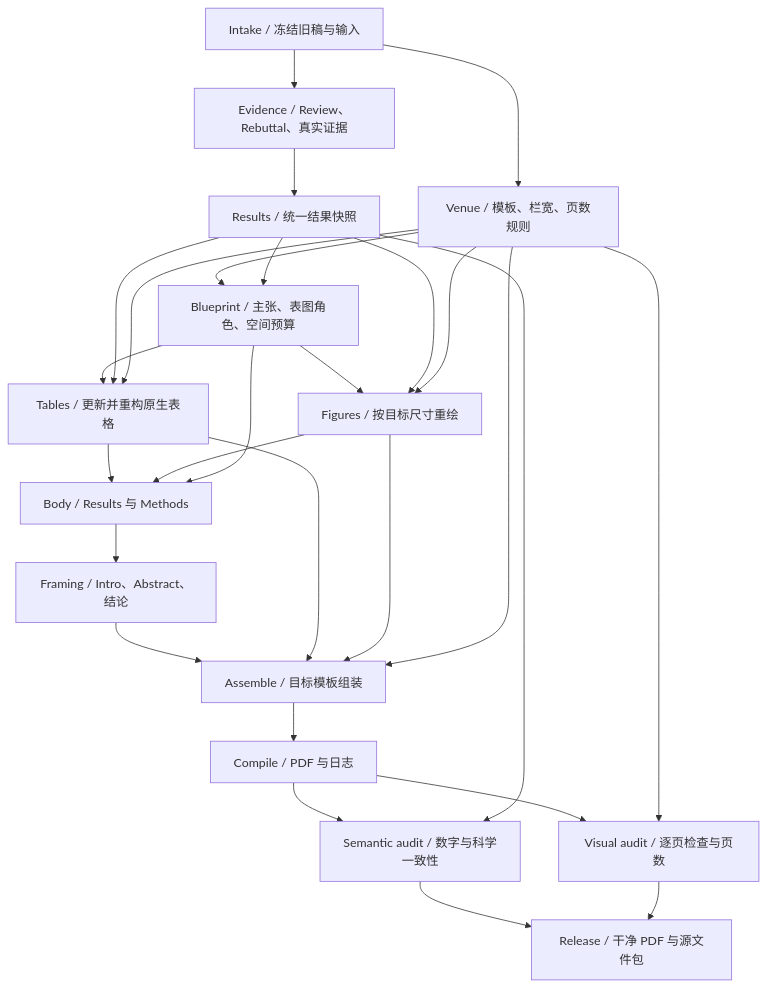
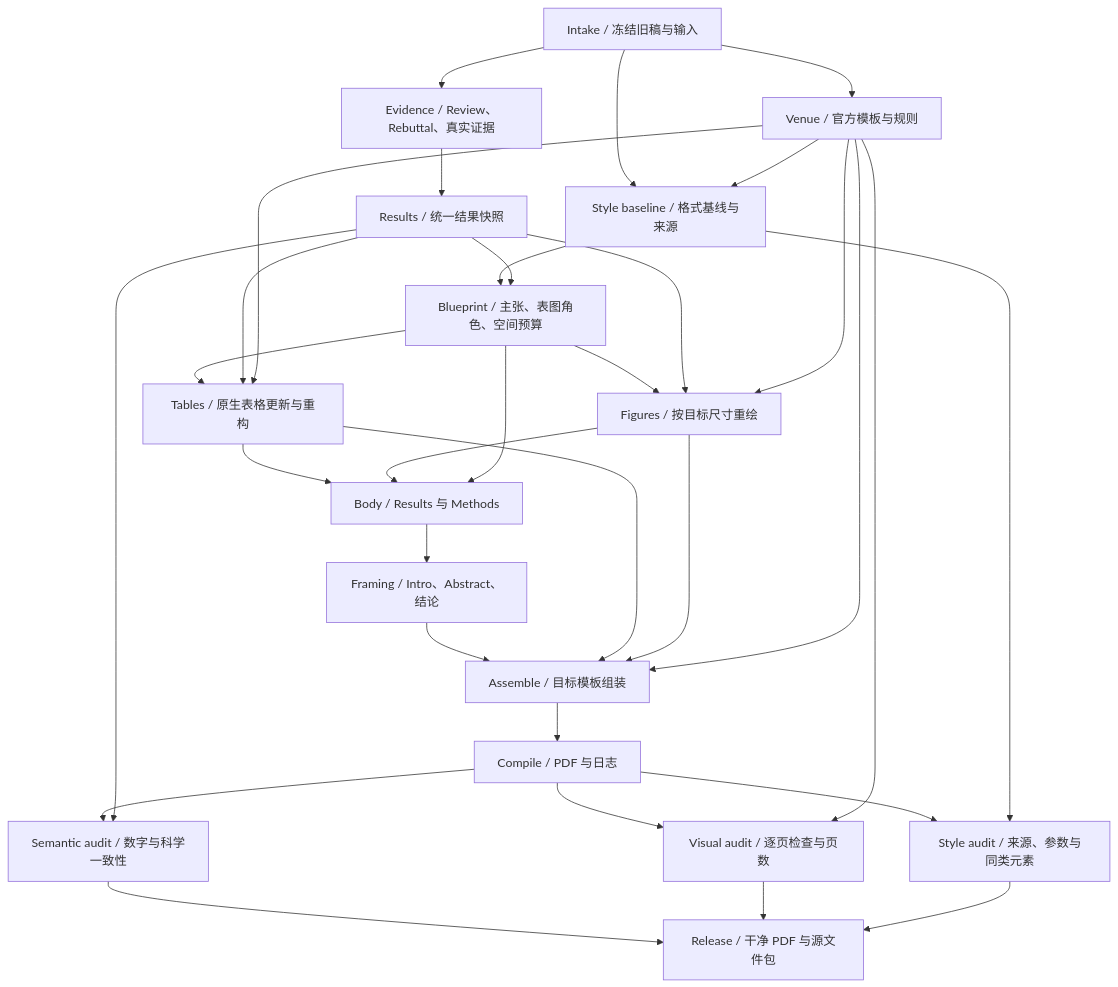
Before and after one commit to Yunbo-max/Resubmit: the diagram in README.md, drawn with Mermaid. The commit also changed other lines of this file and 13 other files, not shown here.

Commit message:
Add v0.1.1 AI-conference LaTeX style diagnostics, baseline/audit DAG gates and 32 regression tests

````diff
--- a/README.md
+++ b/README.md
@@ -22,29 +30,34 @@
 ```mermaid
 flowchart TD
-  I[Intake / 冻结旧稿与输入] --> V[Venue / 模板、栏宽、页数规则]
+  I[Intake / 冻结旧稿与输入] --> V[Venue / 官方模板与规则]
+  I --> L[Style baseline / 格式基线与来源]
+  V --> L
   I --> E[Evidence / Review、Rebuttal、真实证据]
   E --> R[Results / 统一结果快照]
-  V --> B[Blueprint / 主张、表图角色、空间预算]
+  L --> B[Blueprint / 主张、表图角色、空间预算]
   R --> B
-  B --> T[Tables / 更新并重构原生表格]
+  B --> T[Tables / 原生表格更新与重构]
   B --> F[Figures / 按目标尺寸重绘]
   R --> T
   R --> F
   V --> T
   V --> F
   T --> W[Body / Results 与 Methods]
   F --> W
   B --> W
   W --> H[Framing / Intro、Abstract、结论]
   H --> A[Assemble / 目标模板组装]
   T --> A
   F --> A
   V --> A
   A --> C[Compile / PDF 与日志]
   C --> S[Semantic audit / 数字与科学一致性]
   R --> S
   C --> Q[Visual audit / 逐页检查与页数]
   V --> Q
+  C --> X[Style audit / 来源、参数与同类元素]
+  L --> X
   S --> P[Release / 干净 PDF 与源文件包]
   Q --> P
+  X --> P
 ```
````
